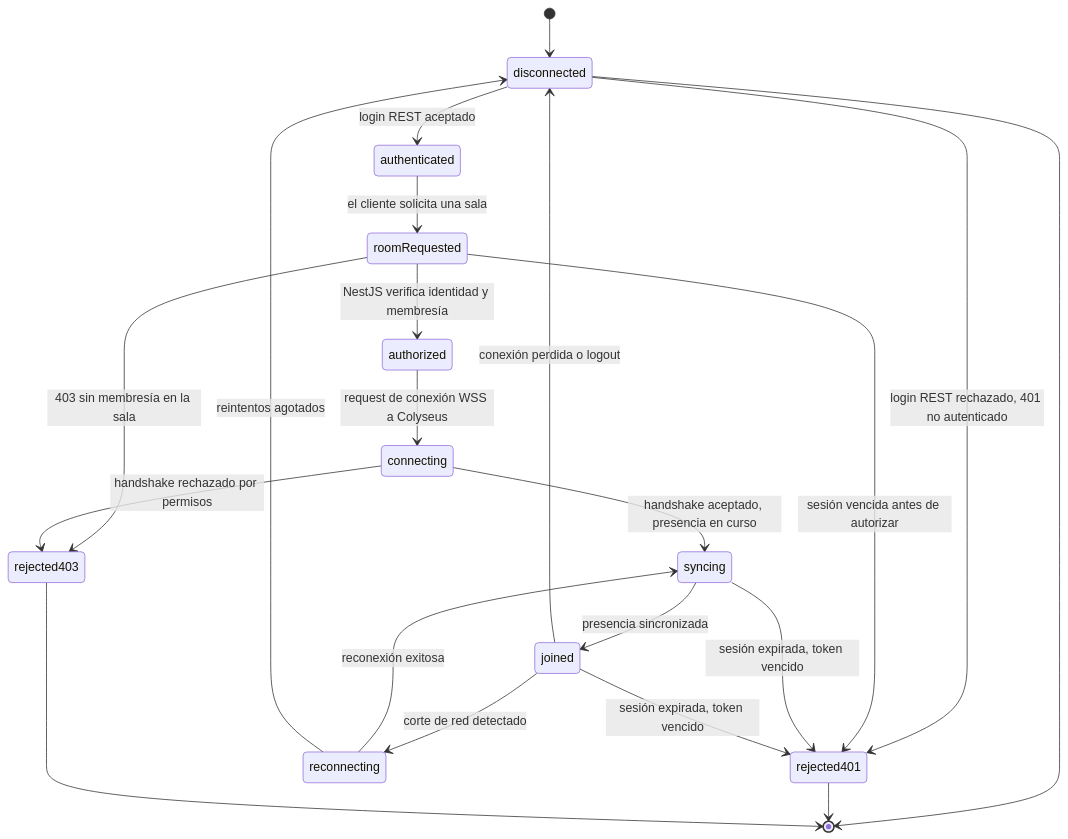
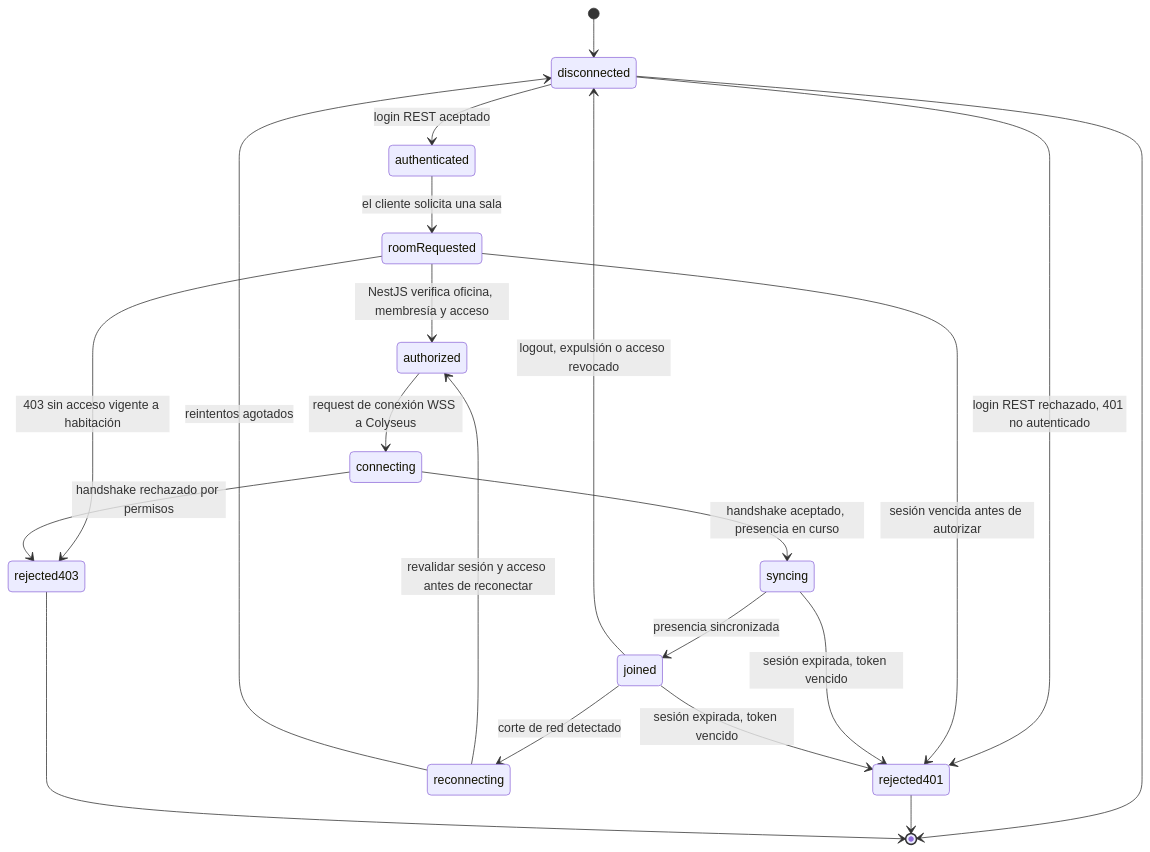
The first of 2 diagrams in docs/diagrams/02-system-architecture/realtime-colyseus.md (Agustin742/integratec-final-back), drawn with Mermaid before and after one commit. The commit also changed other lines of this file and 1 other file, not shown here.

Commit message:
docs(diagrams): scope access and realtime channels to offices and rooms

````diff
--- a/docs/diagrams/02-system-architecture/realtime-colyseus.md
+++ b/docs/diagrams/02-system-architecture/realtime-colyseus.md
@@ -27,23 +27,23 @@
 ```mermaid
 stateDiagram-v2
     [*] --> disconnected
     disconnected --> authenticated: login REST aceptado
     disconnected --> rejected401: login REST rechazado, 401 no autenticado
     authenticated --> roomRequested: el cliente solicita una sala
-    roomRequested --> authorized: NestJS verifica identidad y membresía
-    roomRequested --> rejected403: 403 sin membresía en la sala
+    roomRequested --> authorized: NestJS verifica oficina, membresía y acceso
+    roomRequested --> rejected403: 403 sin acceso vigente a habitación
     roomRequested --> rejected401: sesión vencida antes de autorizar
     authorized --> connecting: request de conexión WSS a Colyseus
     connecting --> syncing: handshake aceptado, presencia en curso
     connecting --> rejected403: handshake rechazado por permisos
     syncing --> joined: presencia sincronizada
     joined --> reconnecting: corte de red detectado
-    reconnecting --> syncing: reconexión exitosa
+    reconnecting --> authorized: revalidar sesión y acceso antes de reconectar
     reconnecting --> disconnected: reintentos agotados
-    joined --> disconnected: conexión perdida o logout
+    joined --> disconnected: logout, expulsión o acceso revocado
     syncing --> rejected401: sesión expirada, token vencido
     joined --> rejected401: sesión expirada, token vencido
     disconnected --> [*]
     rejected401 --> [*]
     rejected403 --> [*]
 ```
````
